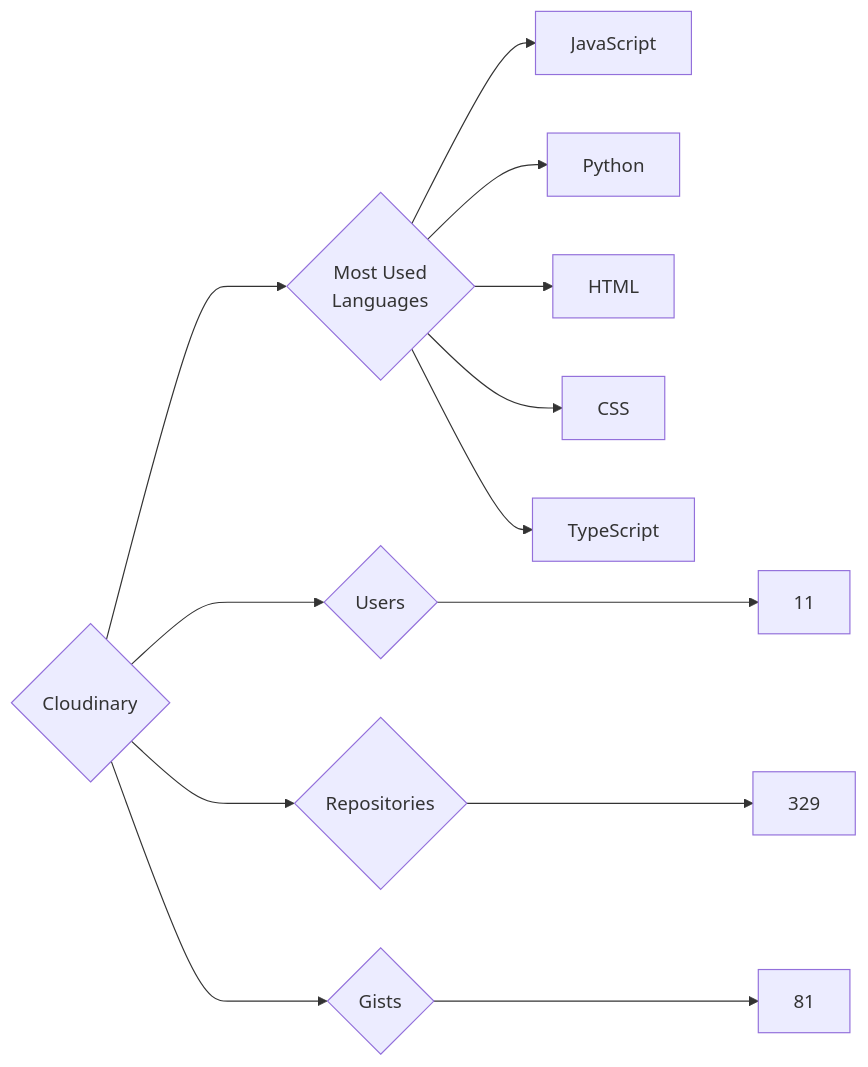
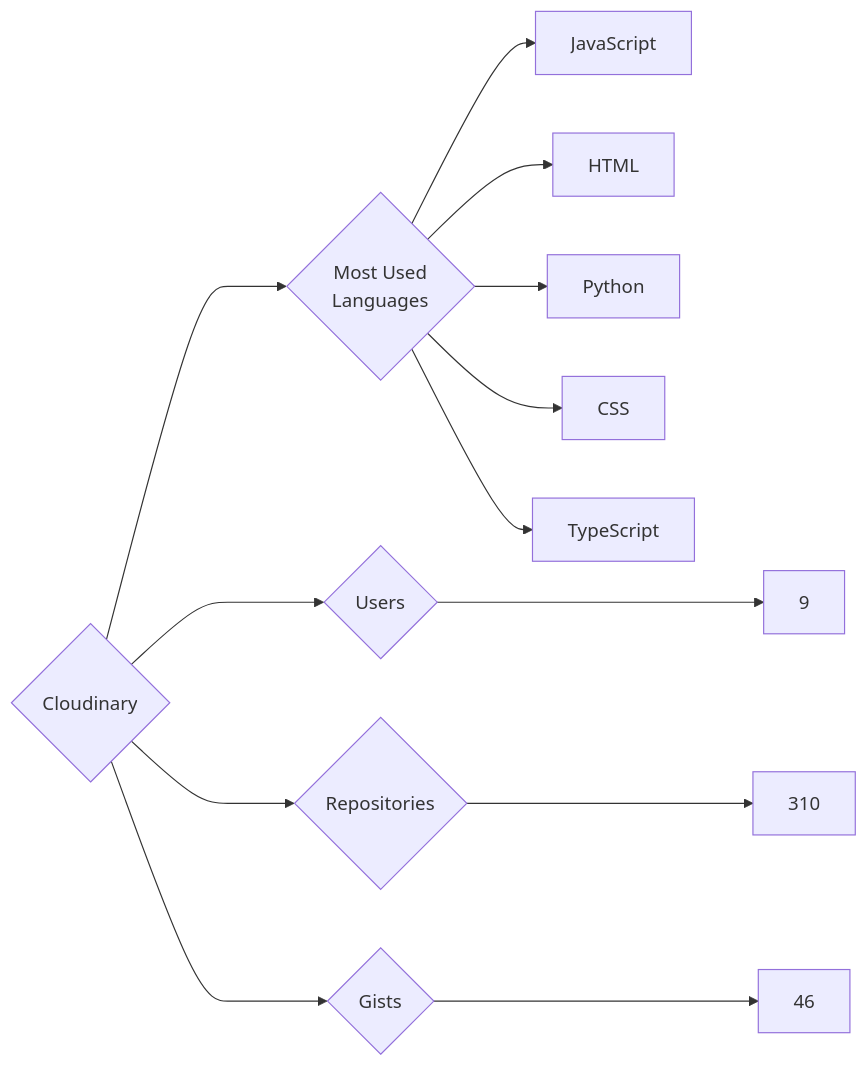
One commit to trickest/insiders changed the diagram in targets/Cloudinary/README.md. Above: the diagram before and after it, drawn with Mermaid. The commit also changed 840 other files, not shown here.

````diff
--- a/targets/Cloudinary/README.md
+++ b/targets/Cloudinary/README.md
@@ -3,13 +3,13 @@
 ```mermaid
 graph LR
 COMPANY_NAME{Cloudinary}
-COMPANY_NAME ---> U{Users} ---> UN[11]
-COMPANY_NAME ---> R{Repositories} ---> RN[329]
-COMPANY_NAME ---> G{Gists} ---> GN[81]
+COMPANY_NAME ---> U{Users} ---> UN[9]
+COMPANY_NAME ---> R{Repositories} ---> RN[310]
+COMPANY_NAME ---> G{Gists} ---> GN[46]
 COMPANY_NAME ---> ML{Most Used<br>Languages}
 ML --> JavaScript[JavaScript]
+ML --> HTML[HTML]
 ML --> Python[Python]
-ML --> HTML[HTML]
 ML --> CSS[CSS]
 ML --> TypeScript[TypeScript]
 ```
````
